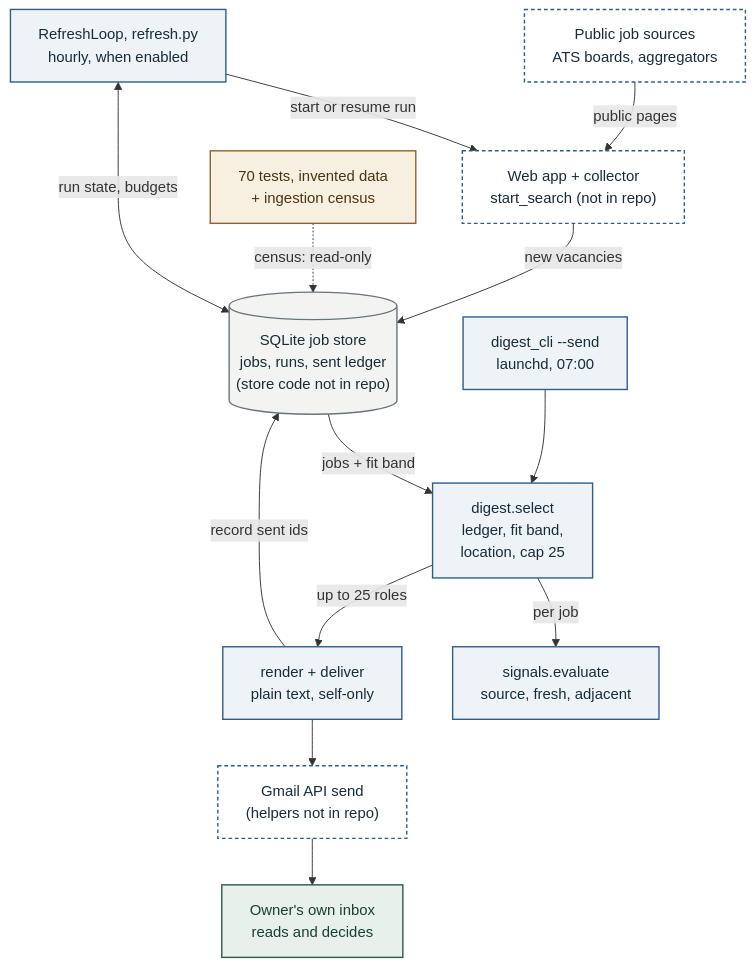
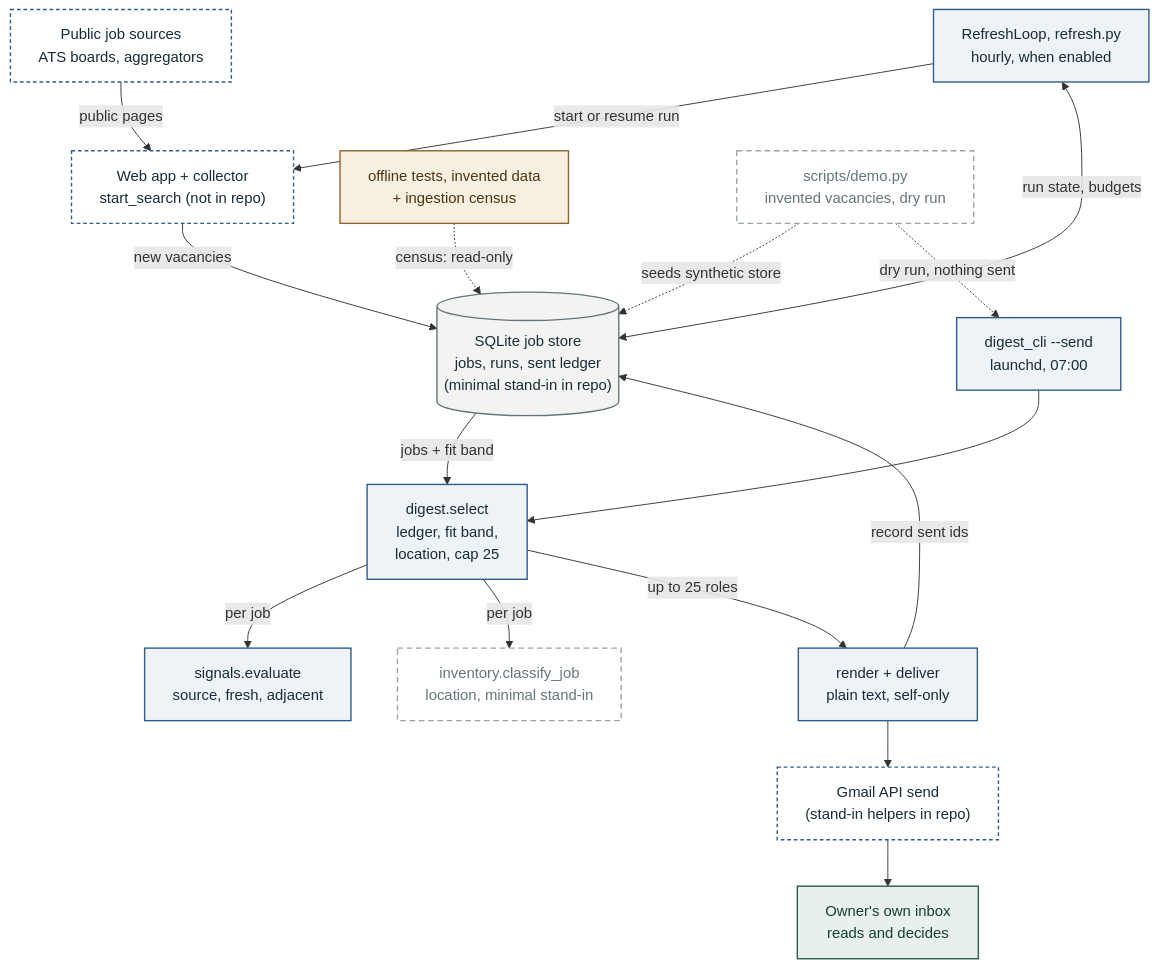
The diagram in docs/architecture.mmd (retinapeg/before-coffee), drawn with Mermaid before and after one commit. The commit also changed 2 other files, not shown here.

Commit message:
Show the stand-ins and offline demo in the architecture diagram and record its render config

```diff
--- a/docs/architecture.mmd
+++ b/docs/architecture.mmd
@@ -1,36 +1,41 @@
-%% Architecture of before-coffee at commit 6fb1d46a205d4127ada1a03bbdea2d3c423a311e
-%% Sources: src/careerops/refresh.py, src/careerops/digest_cli.py, src/careerops/digest.py, src/careerops/signals.py, src/careerops/digest_delivery.py, scripts/install_digest_schedule.sh, scripts/reauthorise_gmail.py, scripts/digest_ingestion_census.py, tests/test_digest.py, tests/test_refresh_and_signals.py
-%% Render: npx @mermaid-js/mermaid-cli -i docs/architecture.mmd -o docs/images/architecture.svg -b white
+%% Architecture of before-coffee at commit 5233c91c3dacbe2a677a6abfd38834678f7d5ade
+%% Sources: src/careerops/refresh.py, src/careerops/digest_cli.py, src/careerops/digest.py, src/careerops/signals.py, src/careerops/digest_delivery.py, scripts/install_digest_schedule.sh, scripts/reauthorise_gmail.py, scripts/digest_ingestion_census.py, scripts/demo.py, src/careerops/store.py, src/careerops/inventory.py, src/job_cv_agent/gmail_inbox.py, tests/test_digest.py, tests/test_refresh_and_signals.py, tests/test_offline_demo.py
+%% Render: npx @mermaid-js/mermaid-cli -c docs/mermaid-config.json -i docs/architecture.mmd -o docs/images/architecture.svg -b white
 flowchart TD
     boards["Public job sources<br/>ATS boards, aggregators"]:::ext
     loop["RefreshLoop, refresh.py<br/>hourly, when enabled"]:::det
     collector["Web app + collector<br/>start_search (not in repo)"]:::ext
-    checks["70 tests, invented data<br/>+ ingestion census"]:::eval
-    store[("SQLite job store<br/>jobs, runs, sent ledger<br/>(store code not in repo)")]:::store
+    checks["offline tests, invented data<br/>+ ingestion census"]:::eval
+    store[("SQLite job store<br/>jobs, runs, sent ledger<br/>(minimal stand-in in repo)")]:::store
     cli["digest_cli --send<br/>launchd, 07:00"]:::det
     select["digest.select<br/>ledger, fit band,<br/>location, cap 25"]:::det
     sig["signals.evaluate<br/>source, fresh, adjacent"]:::det
     deliver["render + deliver<br/>plain text, self-only"]:::det
-    gmail["Gmail API send<br/>(helpers not in repo)"]:::ext
+    gmail["Gmail API send<br/>(stand-in helpers in repo)"]:::ext
+    classify["inventory.classify_job<br/>location, minimal stand-in"]:::mock
+    demo["scripts/demo.py<br/>invented vacancies, dry run"]:::mock
     owner["Owner's own inbox<br/>reads and decides"]:::human
 
     boards -->|"public pages"| collector
     loop -->|"start or resume run"| collector
     loop <-->|"run state, budgets"| store
     collector -->|"new vacancies"| store
     checks -.->|"census: read-only"| store
     store -->|"jobs + fit band"| select
     cli --> select
     select -->|"per job"| sig
+    select -->|"per job"| classify
     select -->|"up to 25 roles"| deliver
     deliver -->|"record sent ids"| store
     deliver --> gmail
     gmail --> owner
+    demo -.->|"seeds synthetic store"| store
+    demo -.->|"dry run, nothing sent"| cli
 
     classDef ai fill:#efe7fb,stroke:#6a4c93,stroke-width:2px,color:#2b1d45;
     classDef det fill:#eef3f8,stroke:#2f5d8a,stroke-width:1.5px,color:#172c37;
     classDef human fill:#e8f0ec,stroke:#285b48,stroke-width:1.5px,color:#173f32;
     classDef eval fill:#f7efdf,stroke:#8b6330,stroke-width:1.5px,color:#4a3413;
     classDef store fill:#f3f4f1,stroke:#65757b,stroke-width:1.5px,color:#172c37;
     classDef ext fill:#ffffff,stroke:#2f5d8a,stroke-width:1.5px,stroke-dasharray:4 3,color:#172c37;
     classDef mock fill:#ffffff,stroke:#9aa5a8,stroke-width:1.5px,stroke-dasharray:6 4,color:#65757b;
```
